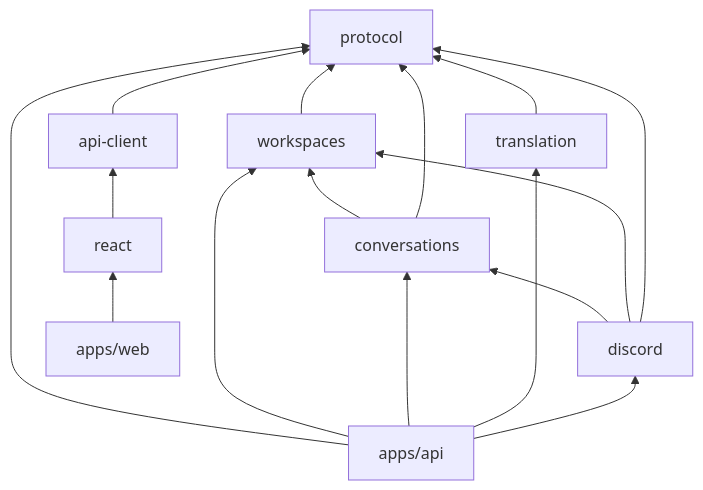
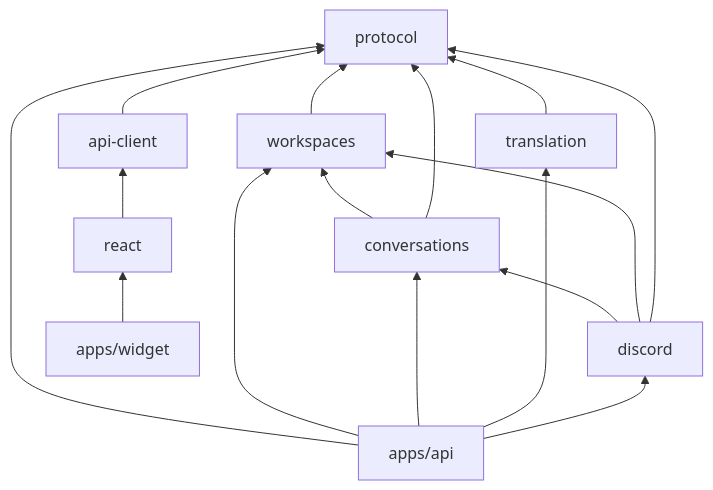
One commit to xanthous-tech/RespondKit changed the second of 5 diagrams in docs/architecture/base-v1.md. Above: the diagram before and after it, drawn with Mermaid. The commit also changed other lines of this file and 2 other files, not shown here.

Commit message:
docs: adopt Workflow-first message architecture

````diff
--- a/docs/architecture/base-v1.md
+++ b/docs/architecture/base-v1.md
@@ -216,21 +252,21 @@
 ```mermaid
 flowchart BT
   Protocol[protocol]
   ApiClient[api-client] --> Protocol
   ReactPkg[react] --> ApiClient
 
   Workspaces[workspaces] --> Protocol
   Conversations[conversations] --> Workspaces
   Conversations --> Protocol
   Translation[translation] --> Protocol
   DiscordPkg[discord] --> Conversations
   DiscordPkg --> Workspaces
   DiscordPkg --> Protocol
 
-  WebApp[apps/web] --> ReactPkg
+  WidgetApp[apps/widget] --> ReactPkg
   ApiApp[apps/api] --> Protocol
   ApiApp --> Workspaces
   ApiApp --> Conversations
   ApiApp --> Translation
   ApiApp --> DiscordPkg
 ```
````
